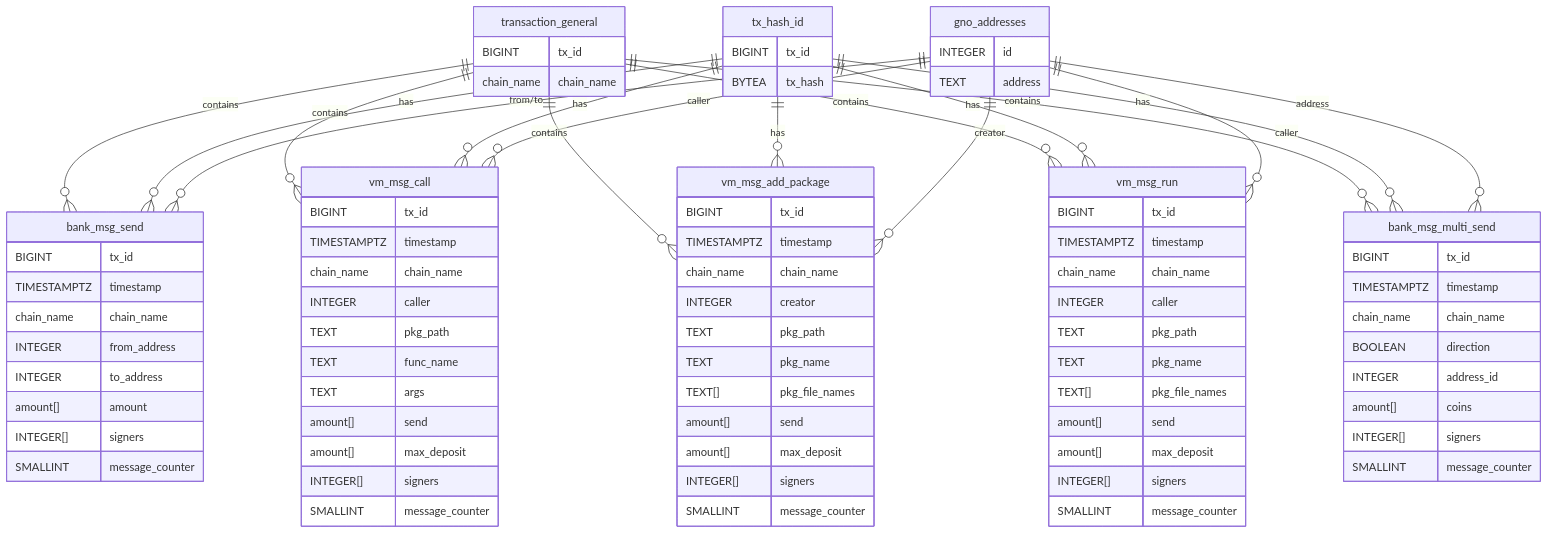
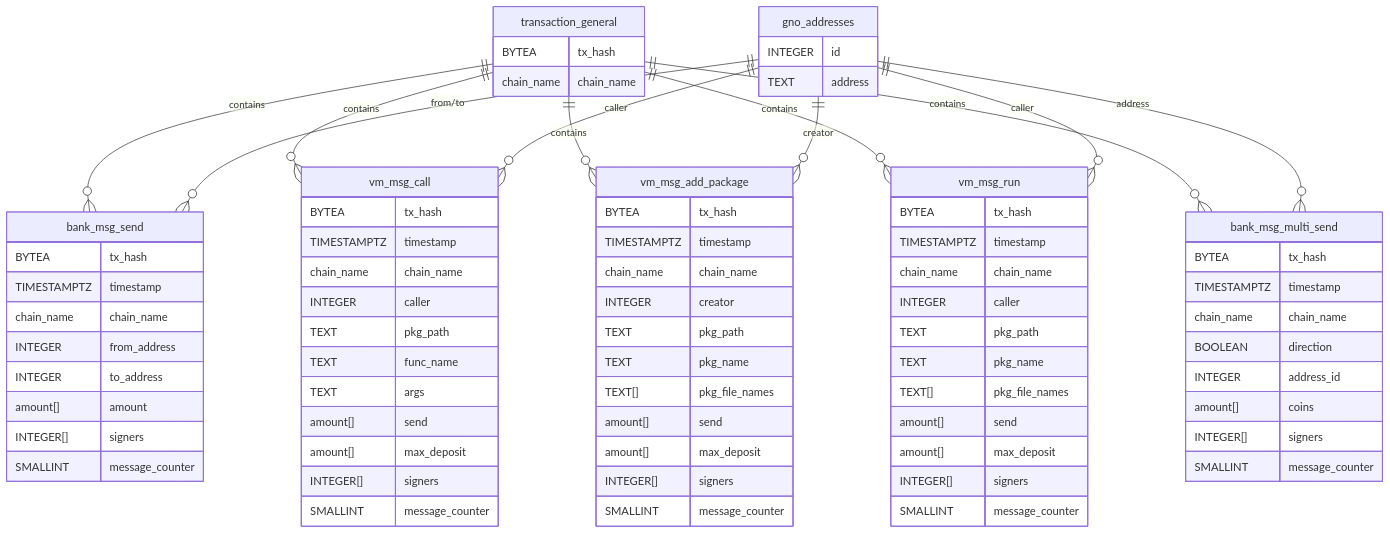
One commit to Cogwheel-Validator/spectra-gnoland-indexer changed the third of 6 diagrams in docs/data-model.md. Above: the diagram before and after it, drawn with Mermaid. The commit also changed other lines of this file, not shown here.

````diff
--- a/docs/data-model.md
+++ b/docs/data-model.md
@@ -123,19 +120,15 @@
 ```mermaid
 erDiagram
     transaction_general {
-      BIGINT tx_id
+      BYTEA tx_hash
       chain_name chain_name
-    }
-    tx_hash_id {
-      BIGINT tx_id
-      BYTEA tx_hash
     }
     gno_addresses {
       INTEGER id
       TEXT address
     }
     bank_msg_send {
-      BIGINT tx_id
+      BYTEA tx_hash
       TIMESTAMPTZ timestamp
       chain_name chain_name
       INTEGER from_address
@@ -145,7 +138,7 @@
       SMALLINT message_counter
     }
     vm_msg_call {
-      BIGINT tx_id
+      BYTEA tx_hash
       TIMESTAMPTZ timestamp
       chain_name chain_name
       INTEGER caller
@@ -158,7 +151,7 @@
       SMALLINT message_counter
     }
     vm_msg_add_package {
-      BIGINT tx_id
+      BYTEA tx_hash
       TIMESTAMPTZ timestamp
       chain_name chain_name
       INTEGER creator
@@ -171,7 +164,7 @@
       SMALLINT message_counter
     }
     vm_msg_run {
-      BIGINT tx_id
+      BYTEA tx_hash
       TIMESTAMPTZ timestamp
       chain_name chain_name
       INTEGER caller
@@ -184,7 +177,7 @@
       SMALLINT message_counter
     }
     bank_msg_multi_send {
-      BIGINT tx_id
+      BYTEA tx_hash
       TIMESTAMPTZ timestamp
       chain_name chain_name
       BOOLEAN direction
@@ -198,11 +191,6 @@
     transaction_general ||--o{ vm_msg_add_package : "contains"
     transaction_general ||--o{ vm_msg_run : "contains"
     transaction_general ||--o{ bank_msg_multi_send : "contains"
-    tx_hash_id ||--o{ bank_msg_send : "has"
-    tx_hash_id ||--o{ vm_msg_call : "has"
-    tx_hash_id ||--o{ vm_msg_add_package : "has"
-    tx_hash_id ||--o{ vm_msg_run : "has"
-    tx_hash_id ||--o{ bank_msg_multi_send : "has"
     gno_addresses ||--o{ bank_msg_send : "from/to"
     gno_addresses ||--o{ vm_msg_call : "caller"
     gno_addresses ||--o{ vm_msg_add_package : "creator"
````
